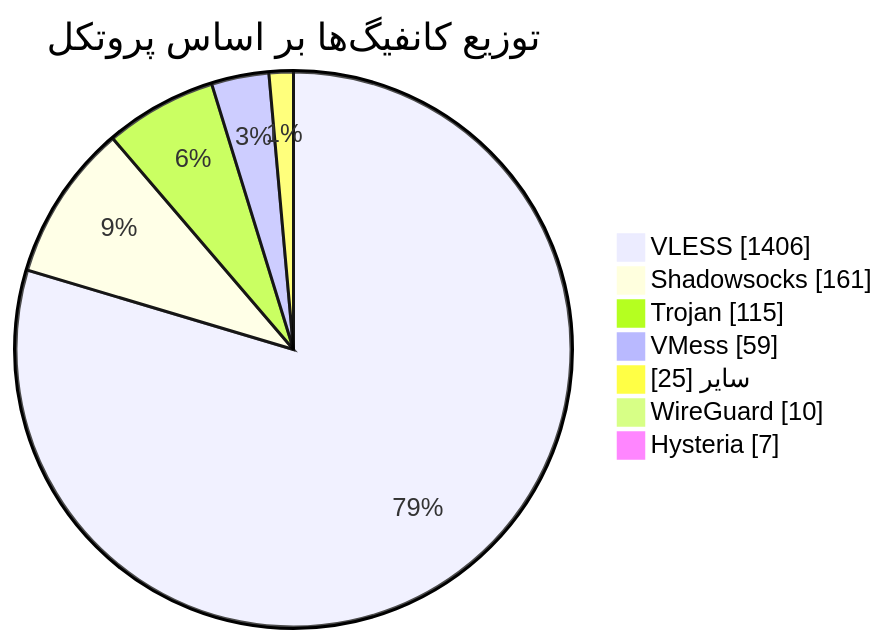
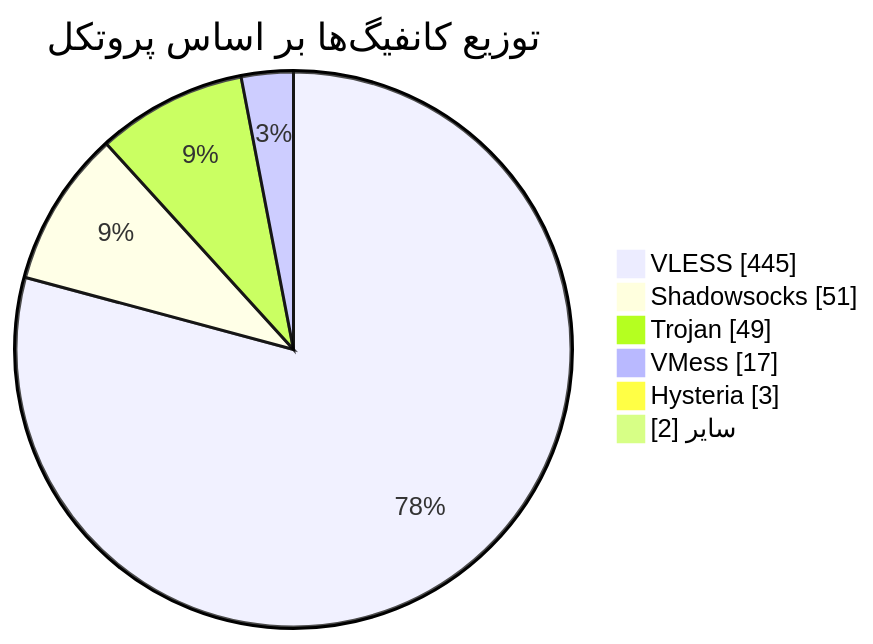
Before and after one commit to Arian-Alijani/Somthing: the diagram in README.md, drawn with Mermaid. The commit also changed other lines of this file and 19 other files, not shown here.

````diff
--- a/README.md
+++ b/README.md
@@ -49,11 +48,10 @@
 ```mermaid
 pie showData
     title توزیع کانفیگ‌ها بر اساس پروتکل
-    "VLESS" : 1406
-    "Shadowsocks" : 161
-    "Trojan" : 115
-    "VMess" : 59
-    "سایر" : 25
-    "WireGuard" : 10
-    "Hysteria" : 7
+    "VLESS" : 445
+    "Shadowsocks" : 51
+    "Trojan" : 49
+    "VMess" : 17
+    "Hysteria" : 3
+    "سایر" : 2
 ```
````
